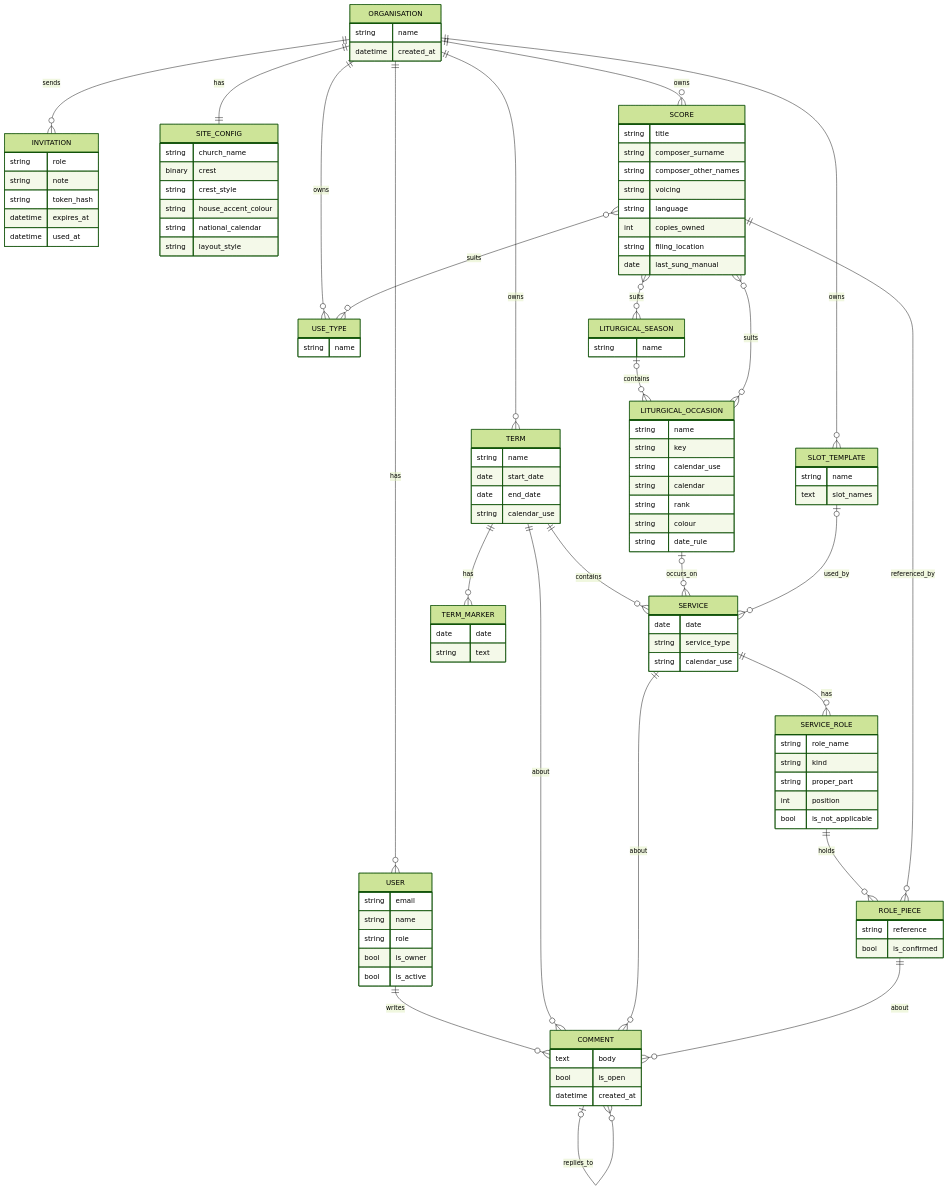
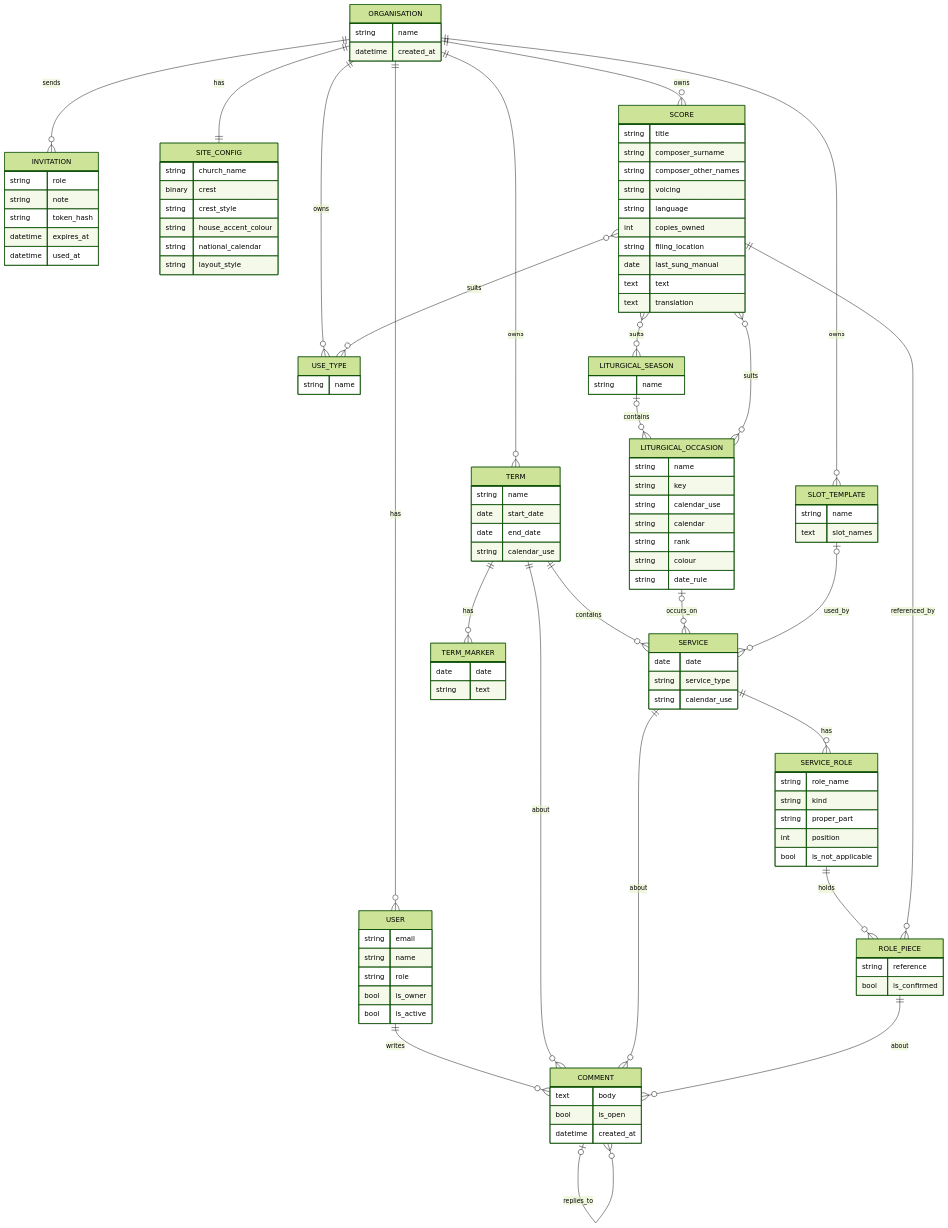
One commit to StockoL/precentor changed the diagram in README.md. Above: the diagram before and after it, drawn with Mermaid (forest theme). The commit also changed other lines of this file, not shown here.

```diff
--- a/README.md
+++ b/README.md
@@ -868,6 +903,8 @@
     int copies_owned
     string filing_location
     date last_sung_manual
+    text text
+    text translation
   }
   USE_TYPE {
     string name
```
